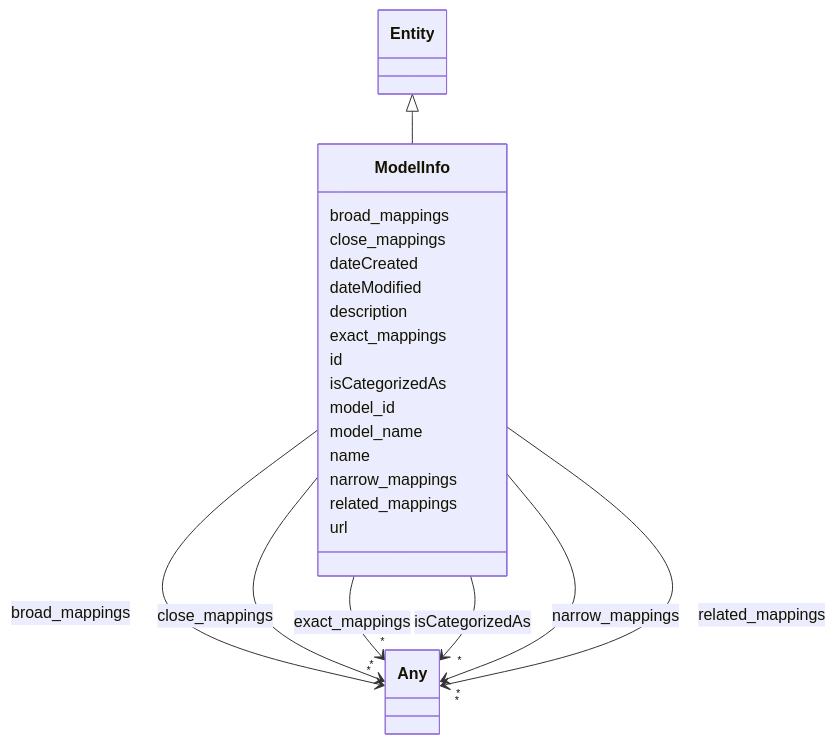
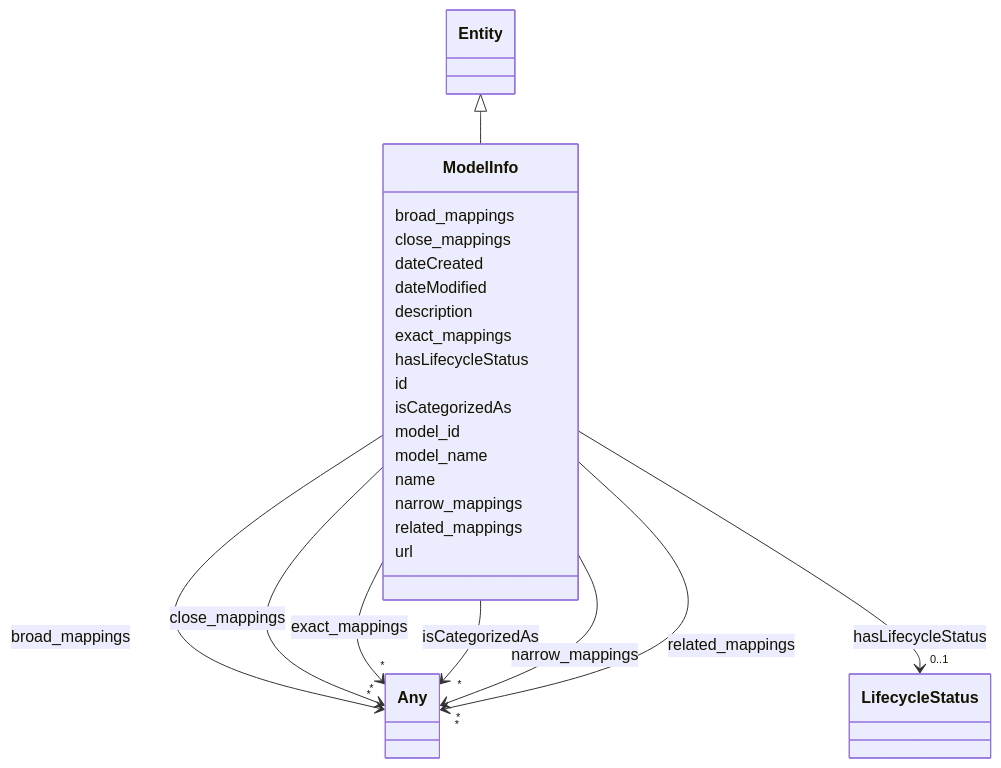
One commit to ingelise/risk-atlas-nexus changed the diagram in docs/ontology/ModelInfo.md. Above: the diagram before and after it, drawn with Mermaid. The commit also changed other lines of this file and 206 other files, not shown here.

```diff
--- a/docs/ontology/ModelInfo.md
+++ b/docs/ontology/ModelInfo.md
@@ -54,6 +54,17 @@
 
         ModelInfo --> "*" Any : exact_mappings
         click Any href "../Any/"
+
+
+
+      ModelInfo : hasLifecycleStatus
+
+
+
+
+
+        ModelInfo --> "0..1" LifecycleStatus : hasLifecycleStatus
+        click LifecycleStatus href "../LifecycleStatus/"
 
 
 
```
